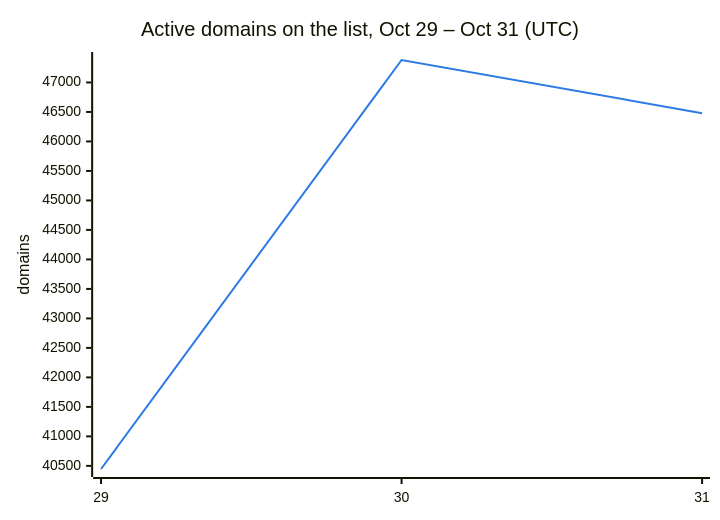
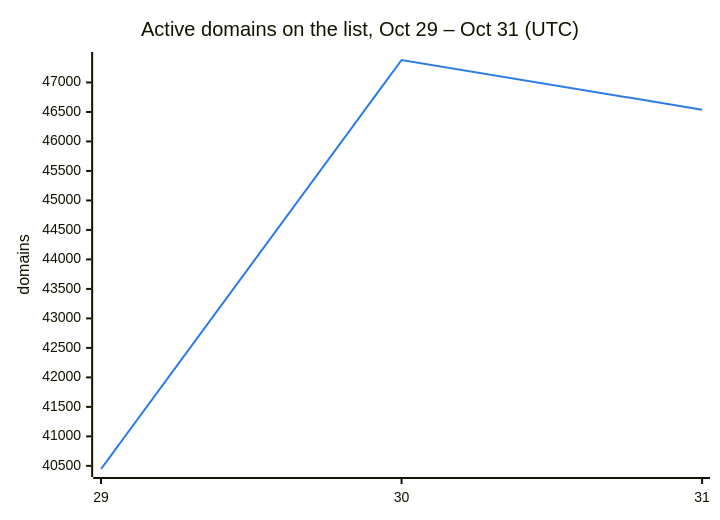
One commit to DNSBunker/CTI changed the second of 3 diagrams in README.md. Above: the diagram before and after it, drawn with Mermaid. The commit also changed other lines of this file and 3 other files, not shown here.

````diff
--- a/README.md
+++ b/README.md
@@ -38,8 +38,8 @@
 ```mermaid
 %%{init: {"themeVariables": {"xyChart": {"plotColorPalette": "#2c7be5"}}}}%%
 xychart-beta
     title "Active domains on the list, Oct 29 – Oct 31 (UTC)"
     x-axis ["29", "30", "31"]
     y-axis "domains"
-    line [40447, 47381, 46480]
+    line [40447, 47381, 46539]
 ```
````
